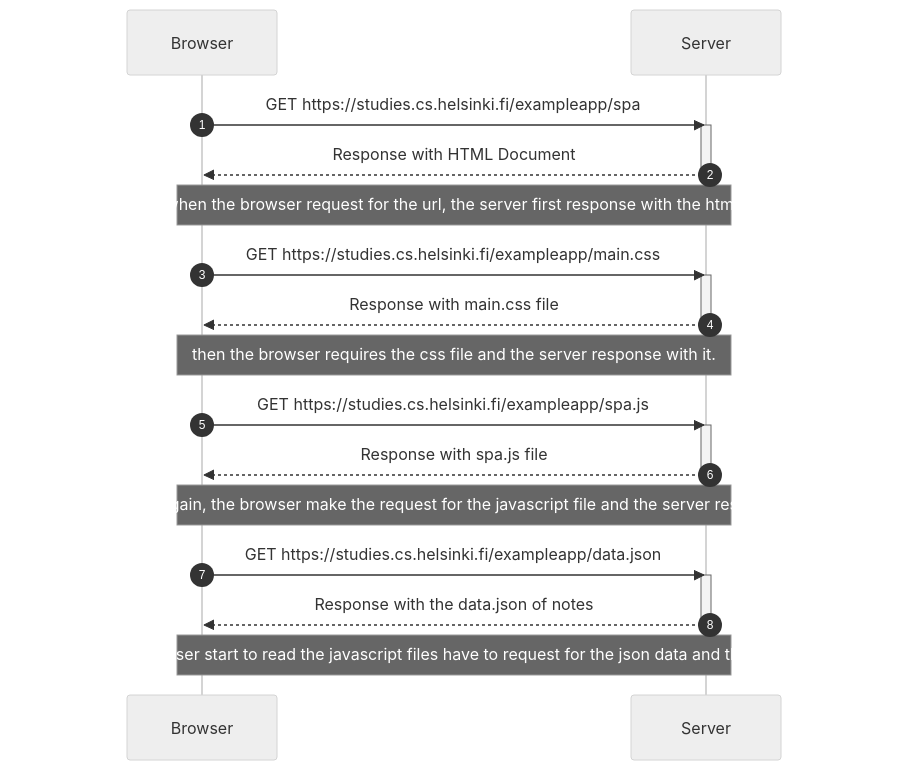
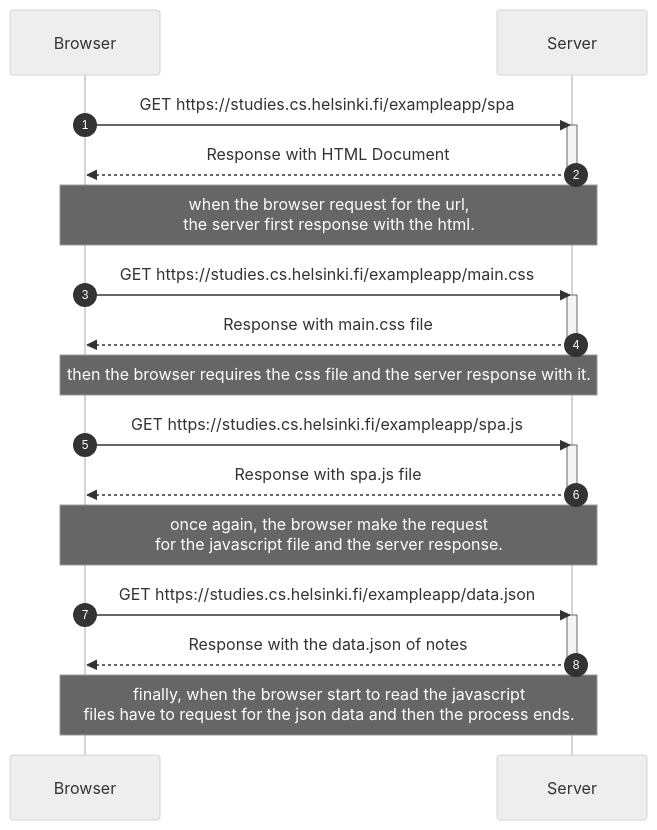
One commit to LucasMontecino/fullstackopen changed the diagram in part0/0.5.md. Above: the diagram before and after it, drawn with Mermaid (neutral theme).

Commit message:
Fix line breaks in notes of mermaid sequence diagram for better readability

````diff
--- a/part0/0.5.md
+++ b/part0/0.5.md
@@ -1,30 +1,30 @@
 ```mermaid
     sequenceDiagram
     participant B as Browser
     participant S as Server
     autonumber
 
     B->>S: GET https://studies.cs.helsinki.fi/exampleapp/spa
     activate S
     S-->>B: Response with HTML Document
     deactivate S
-    Note over B,S: when the browser request for the url, the server first response with the html.
+    Note over B,S: when the browser request for the url,<br/>the server first response with the html.
 
     B->>S: GET https://studies.cs.helsinki.fi/exampleapp/main.css
     activate S
     S-->>B: Response with main.css file
     deactivate S
     Note over B,S: then the browser requires the css file and the server response with it.
 
     B->>S: GET https://studies.cs.helsinki.fi/exampleapp/spa.js
     activate S
     S-->>B: Response with spa.js file
     deactivate S
-    Note over B,S: once again, the browser make the request for the javascript file and the server response.
+    Note over B,S: once again, the browser make the request<br/>for the javascript file and the server response.
 
     B->>S: GET https://studies.cs.helsinki.fi/exampleapp/data.json
     activate S
     S-->>B: Response with the data.json of notes
     deactivate S
-    Note over B,S: finally, when the browser start to read the javascript files have to request for the json data and then the process ends.
+    Note over B,S: finally, when the browser start to read the javascript<br/>files have to request for the json data and then the process ends.
 ```
````
